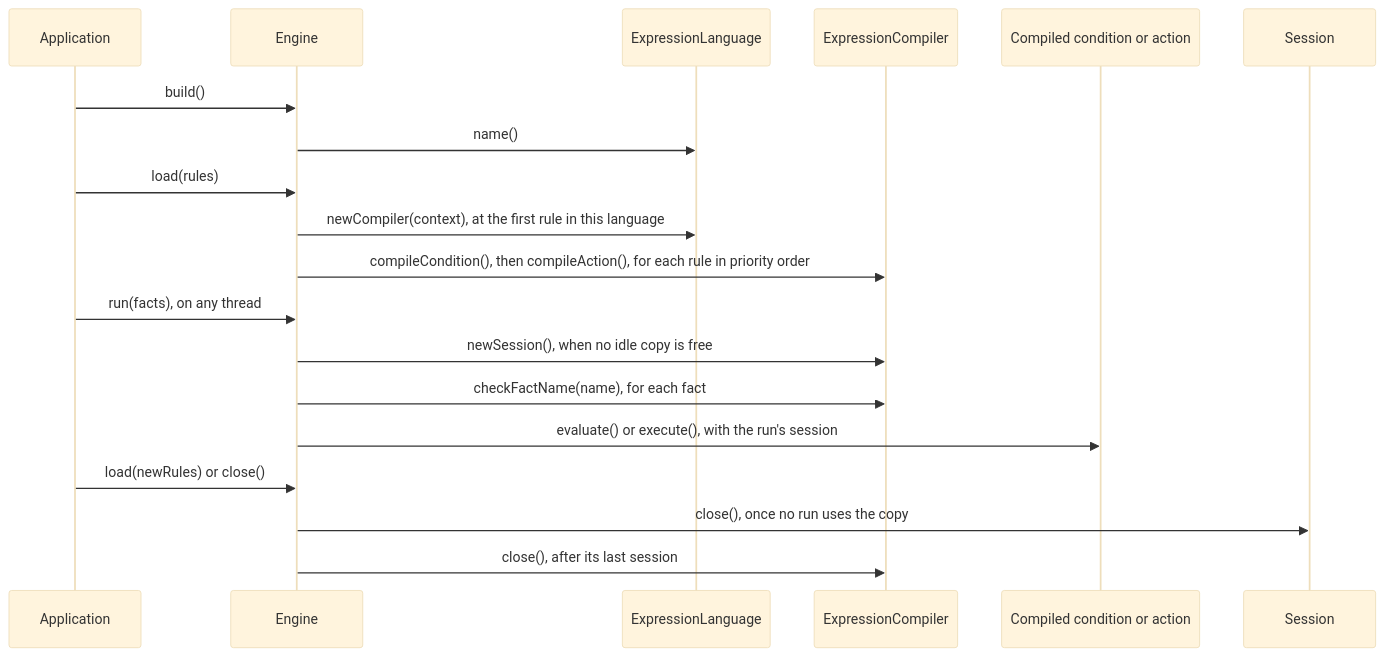
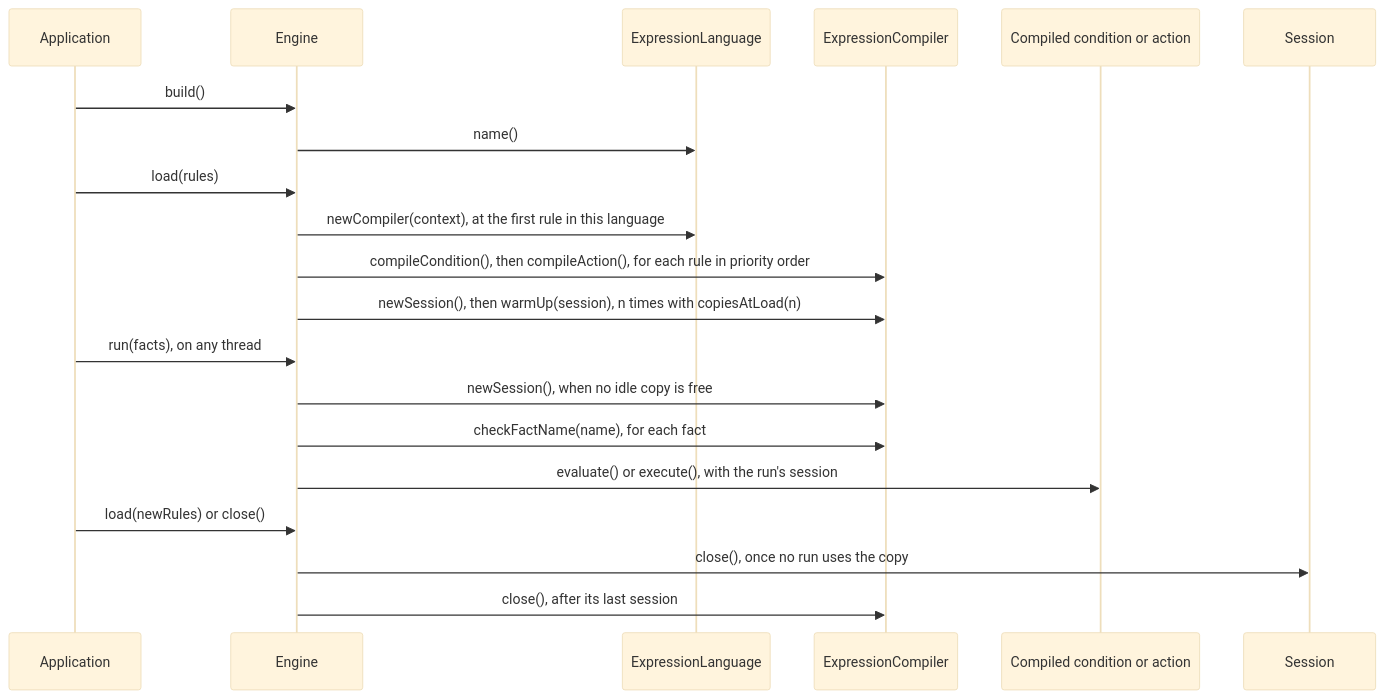
The diagram in docs/languages/custom.md (brantunger/unruly-engine), drawn with Mermaid (base theme) before and after one commit. The commit also changed other lines of this file and 24 other files, not shown here.

Commit message:
feat: let an engine make and warm its compiled copies when the rules load (#423)

````diff
--- a/docs/languages/custom.md
+++ b/docs/languages/custom.md
@@ -38,21 +39,22 @@
 ```mermaid
 sequenceDiagram
     participant App as Application
     participant Engine
     participant Lang as ExpressionLanguage
     participant Comp as ExpressionCompiler
     participant Expr as Compiled condition or action
     participant Sess as Session
     App->>Engine: build()
     Engine->>Lang: name()
     App->>Engine: load(rules)
     Engine->>Lang: newCompiler(context), at the first rule in this language
     Engine->>Comp: compileCondition(), then compileAction(), for each rule in priority order
+    Engine->>Comp: newSession(), then warmUp(session), n times with copiesAtLoad(n)
     App->>Engine: run(facts), on any thread
     Engine->>Comp: newSession(), when no idle copy is free
     Engine->>Comp: checkFactName(name), for each fact
     Engine->>Expr: evaluate() or execute(), with the run's session
     App->>Engine: load(newRules) or close()
     Engine->>Sess: close(), once no run uses the copy
     Engine->>Comp: close(), after its last session
 ```
````
